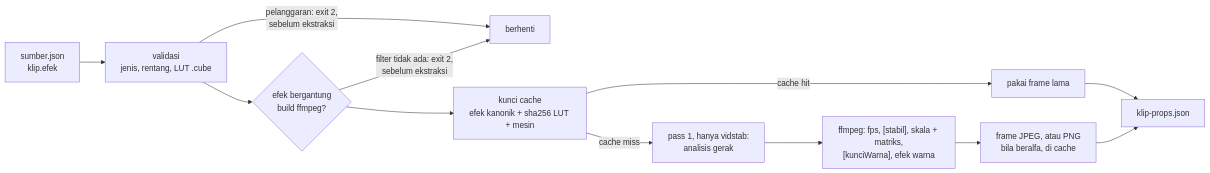
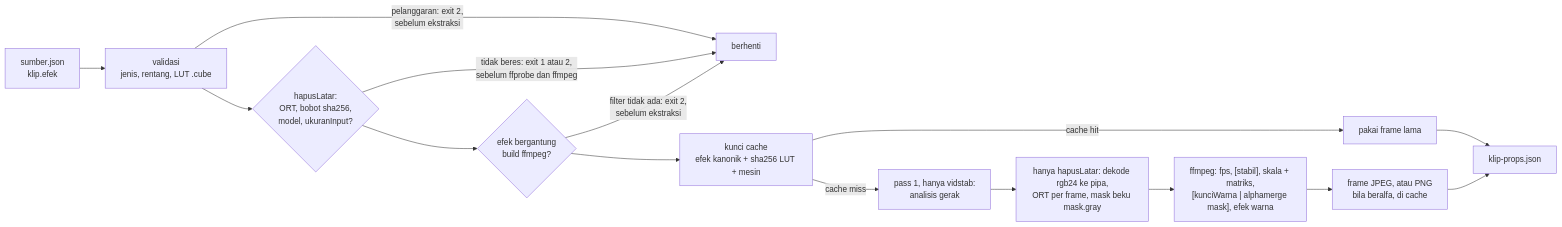
The diagram in docs/olah-klip.md (ahliweb/awvd), drawn with Mermaid before and after one commit. The commit also changed other lines of this file and 7 other files, not shown here.

Commit message:
feat: efek klip hapusLatar (hapus latar lokal, mask beku, alphamerge ke PNG RGBA)

````diff
--- a/docs/olah-klip.md
+++ b/docs/olah-klip.md
@@ -11,14 +11,17 @@
 ```mermaid
 flowchart LR
     M[sumber.json<br/>klip.efek] --> V[validasi<br/>jenis, rentang, LUT .cube]
     V -->|pelanggaran: exit 2,<br/>sebelum ekstraksi| X[berhenti]
-    V --> Q{efek bergantung<br/>build ffmpeg?}
+    V --> L{"hapusLatar:<br/>ORT, bobot sha256,<br/>model, ukuranInput?"}
+    L -->|tidak beres: exit 1 atau 2,<br/>sebelum ffprobe dan ffmpeg| X
+    L --> Q{efek bergantung<br/>build ffmpeg?}
     Q -->|filter tidak ada: exit 2,<br/>sebelum ekstraksi| X
     Q --> K[kunci cache<br/>efek kanonik + sha256 LUT + mesin]
     K -->|cache hit| H[pakai frame lama]
     K -->|cache miss| A["pass 1, hanya vidstab:<br/>analisis gerak"]
-    A --> F["ffmpeg: fps, [stabil], skala + matriks,<br/>[kunciWarna], efek warna"]
+    A --> S["hanya hapusLatar: dekode rgb24 ke pipa,<br/>ORT per frame, mask beku mask.gray"]
+    S --> F["ffmpeg: fps, [stabil], skala + matriks,<br/>[kunciWarna | alphamerge mask], efek warna"]
     F --> C[frame JPEG, atau PNG<br/>bila beralfa, di cache]
     H --> P[klip-props.json]
     C --> P
 ```
````
